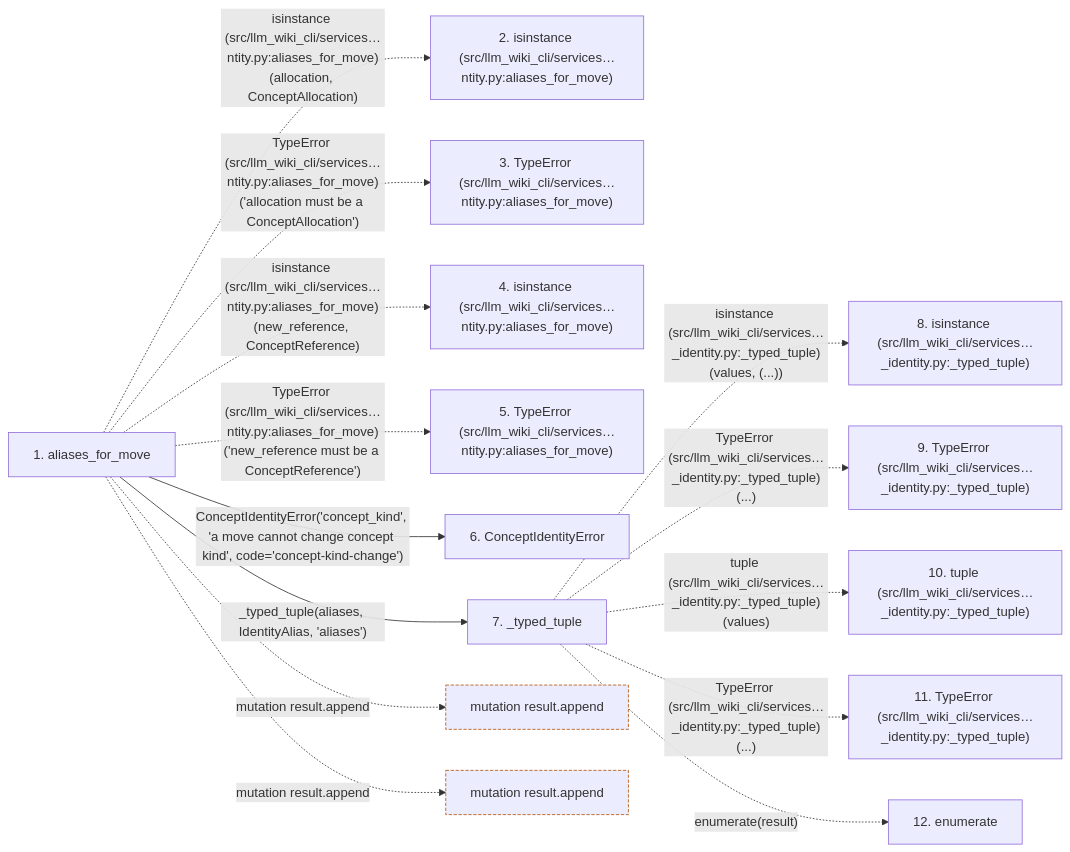
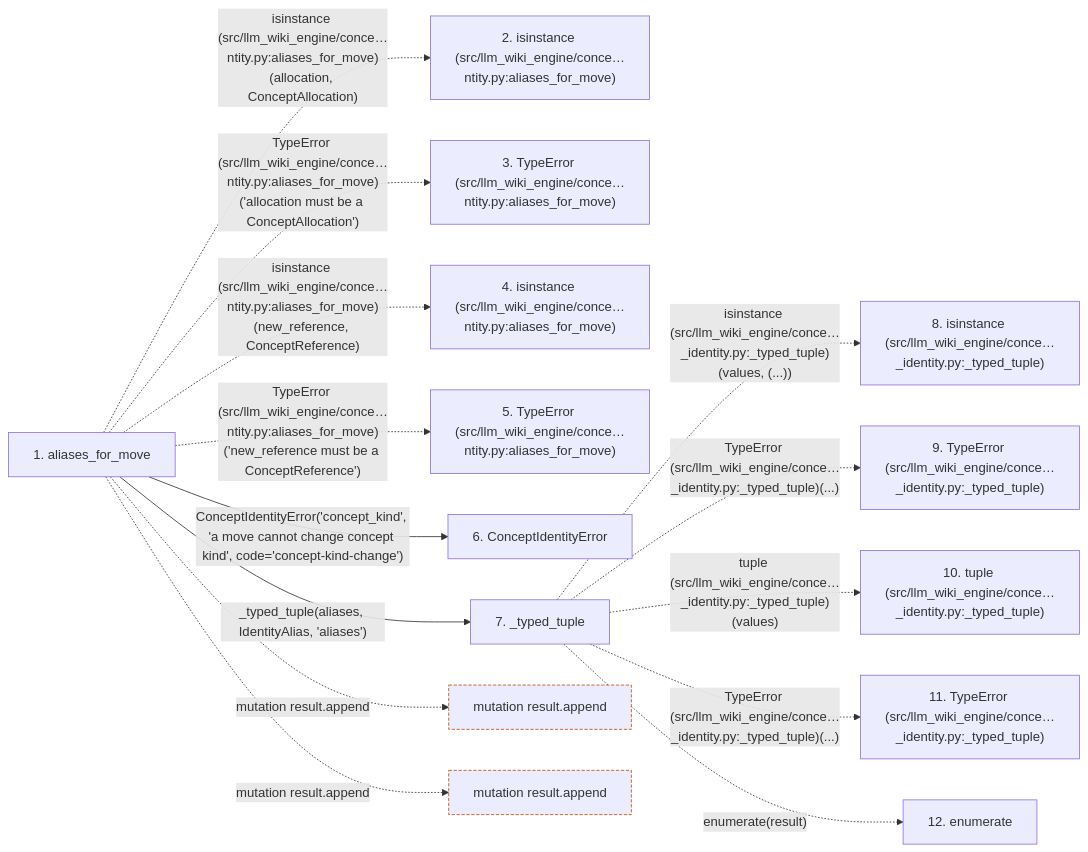
One commit to Denissvgn/python-wiki-llm changed the second of 2 diagrams in docs/llm_wiki/flows/api-aliases_for_move.md. Above: the diagram before and after it, drawn with Mermaid. The commit also changed other lines of this file and 1103 other files, not shown here.

First line of the commit message:
docs: refresh the wiki for the llm-wiki-engine distribution

````diff
--- a/docs/llm_wiki/flows/api-aliases_for_move.md
+++ b/docs/llm_wiki/flows/api-aliases_for_move.md
@@ -126,36 +126,36 @@
 ```mermaid
 flowchart LR
     s1["1. aliases_for_move"]
-    s2["2. isinstance (src/llm_wiki_cli/services…ntity.py:aliases_for_move)"]
-    s3["3. TypeError (src/llm_wiki_cli/services…ntity.py:aliases_for_move)"]
-    s4["4. isinstance (src/llm_wiki_cli/services…ntity.py:aliases_for_move)"]
-    s5["5. TypeError (src/llm_wiki_cli/services…ntity.py:aliases_for_move)"]
+    s2["2. isinstance (src/llm_wiki_engine/conce…ntity.py:aliases_for_move)"]
+    s3["3. TypeError (src/llm_wiki_engine/conce…ntity.py:aliases_for_move)"]
+    s4["4. isinstance (src/llm_wiki_engine/conce…ntity.py:aliases_for_move)"]
+    s5["5. TypeError (src/llm_wiki_engine/conce…ntity.py:aliases_for_move)"]
     s6["6. ConceptIdentityError"]
     s7["7. _typed_tuple"]
-    s8["8. isinstance (src/llm_wiki_cli/services…_identity.py:_typed_tuple)"]
-    s9["9. TypeError (src/llm_wiki_cli/services…_identity.py:_typed_tuple)"]
-    s10["10. tuple (src/llm_wiki_cli/services…_identity.py:_typed_tuple)"]
-    s11["11. TypeError (src/llm_wiki_cli/services…_identity.py:_typed_tuple)"]
+    s8["8. isinstance (src/llm_wiki_engine/conce…_identity.py:_typed_tuple)"]
+    s9["9. TypeError (src/llm_wiki_engine/conce…_identity.py:_typed_tuple)"]
+    s10["10. tuple (src/llm_wiki_engine/conce…_identity.py:_typed_tuple)"]
+    s11["11. TypeError (src/llm_wiki_engine/conce…_identity.py:_typed_tuple)"]
     s12["12. enumerate"]
-    s1 -. "isinstance (src/llm_wiki_cli/services…ntity.py:aliases_for_move)(allocation, ConceptAllocation)" .-> s2
-    s1 -. "TypeError (src/llm_wiki_cli/services…ntity.py:aliases_for_move)('allocation must be a ConceptAllocation')" .-> s3
-    s1 -. "isinstance (src/llm_wiki_cli/services…ntity.py:aliases_for_move)(new_reference, ConceptReference)" .-> s4
-    s1 -. "TypeError (src/llm_wiki_cli/services…ntity.py:aliases_for_move)('new_reference must be a ConceptReference')" .-> s5
+    s1 -. "isinstance (src/llm_wiki_engine/conce…ntity.py:aliases_for_move)(allocation, ConceptAllocation)" .-> s2
+    s1 -. "TypeError (src/llm_wiki_engine/conce…ntity.py:aliases_for_move)('allocation must be a ConceptAllocation')" .-> s3
+    s1 -. "isinstance (src/llm_wiki_engine/conce…ntity.py:aliases_for_move)(new_reference, ConceptReference)" .-> s4
+    s1 -. "TypeError (src/llm_wiki_engine/conce…ntity.py:aliases_for_move)('new_reference must be a ConceptReference')" .-> s5
     s1 -->|"ConceptIdentityError('concept_kind', 'a move cannot change concept kind', code='concept-kind-change')"| s6
     s1 -->|"_typed_tuple(aliases, IdentityAlias, 'aliases')"| s7
-    s7 -. "isinstance (src/llm_wiki_cli/services…_identity.py:_typed_tuple)(values, (...))" .-> s8
-    s7 -. "TypeError (src/llm_wiki_cli/services…_identity.py:_typed_tuple)(...)" .-> s9
-    s7 -. "tuple (src/llm_wiki_cli/services…_identity.py:_typed_tuple)(values)" .-> s10
-    s7 -. "TypeError (src/llm_wiki_cli/services…_identity.py:_typed_tuple)(...)" .-> s11
+    s7 -. "isinstance (src/llm_wiki_engine/conce…_identity.py:_typed_tuple)(values, (...))" .-> s8
+    s7 -. "TypeError (src/llm_wiki_engine/conce…_identity.py:_typed_tuple)(...)" .-> s9
+    s7 -. "tuple (src/llm_wiki_engine/conce…_identity.py:_typed_tuple)(values)" .-> s10
+    s7 -. "TypeError (src/llm_wiki_engine/conce…_identity.py:_typed_tuple)(...)" .-> s11
     s7 -. "enumerate(result)" .-> s12
     b0["mutation result.append"]
     s1 -. "mutation result.append" .-> b0
     b1["mutation result.append"]
     s1 -. "mutation result.append" .-> b1
     click s1 "../modules/concept_identity.md"
     click s6 "../modules/concept_identity.md"
     click s7 "../modules/concept_identity.md"
     classDef boundary stroke:#b45309,stroke-dasharray: 4 2
     class b0 boundary
     class b1 boundary
 ```
````
